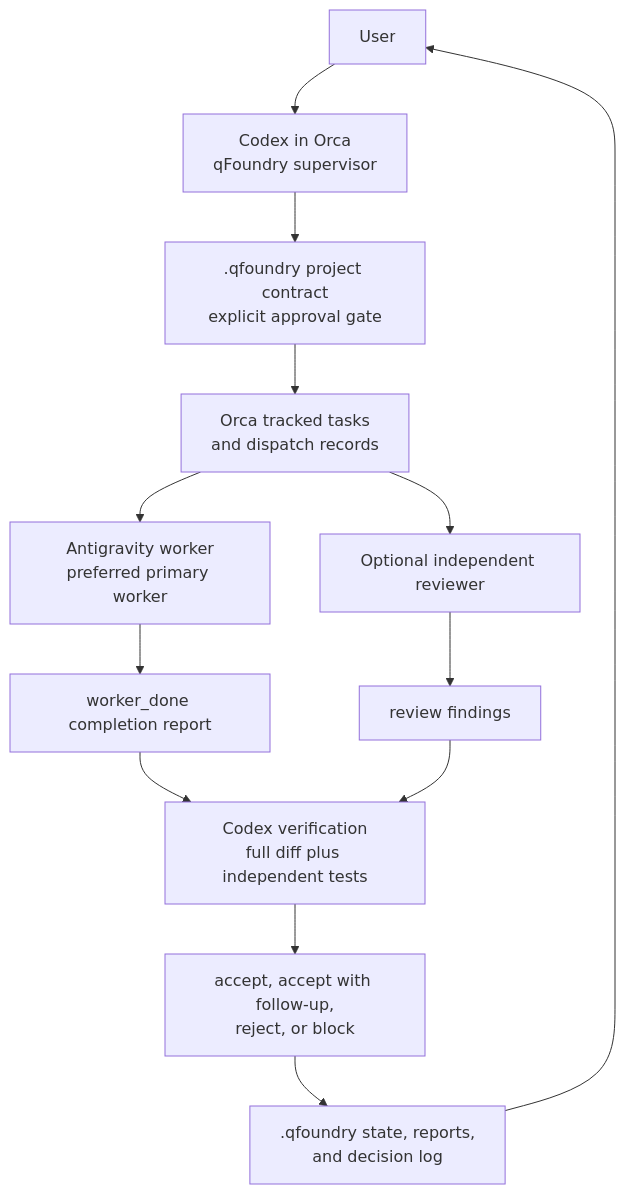
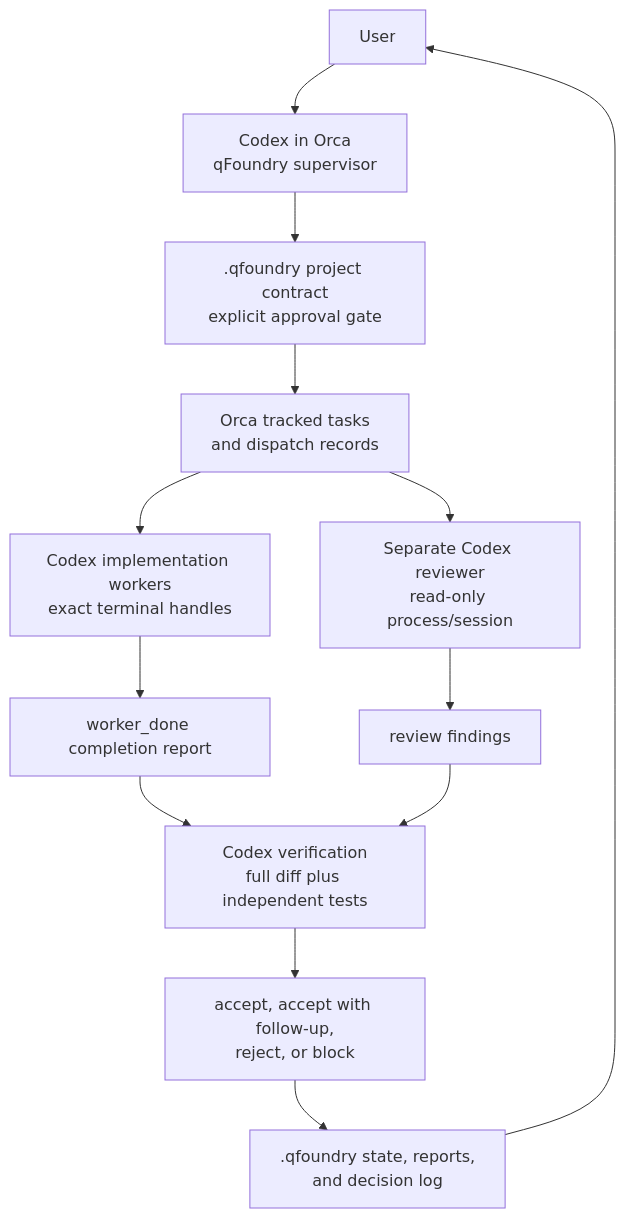
One commit to mahdi-kh1265/qfoundary changed the diagram in docs/qfoundry-supervisor.md. Above: the diagram before and after it, drawn with Mermaid. The commit also changed other lines of this file and 22 other files, not shown here.

Commit message:
Make qFoundry Codex-only supervisor default

````diff
--- a/docs/qfoundry-supervisor.md
+++ b/docs/qfoundry-supervisor.md
@@ -15,15 +15,15 @@
 ```mermaid
 flowchart TD
   User["User"] --> Codex["Codex in Orca\nqFoundry supervisor"]
   Codex --> Contract[".qfoundry project contract\nexplicit approval gate"]
   Contract --> Tasks["Orca tracked tasks\nand dispatch records"]
-  Tasks --> Worker["Antigravity worker\npreferred primary worker"]
-  Tasks --> Reviewer["Optional independent reviewer"]
+  Tasks --> Worker["Codex implementation workers\nexact terminal handles"]
+  Tasks --> Reviewer["Separate Codex reviewer\nread-only process/session"]
   Worker --> Done["worker_done completion report"]
   Reviewer --> Review["review findings"]
   Done --> Verify["Codex verification\nfull diff plus independent tests"]
   Review --> Verify
   Verify --> Decision["accept, accept with follow-up,\nreject, or block"]
   Decision --> State[".qfoundry state, reports,\nand decision log"]
   State --> User
 ```
````
